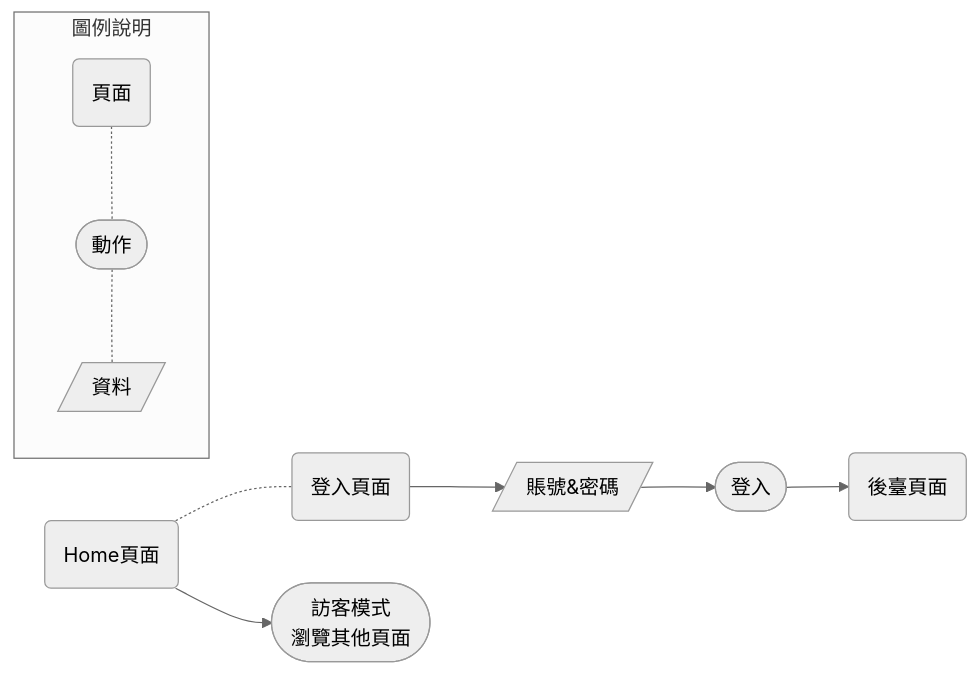
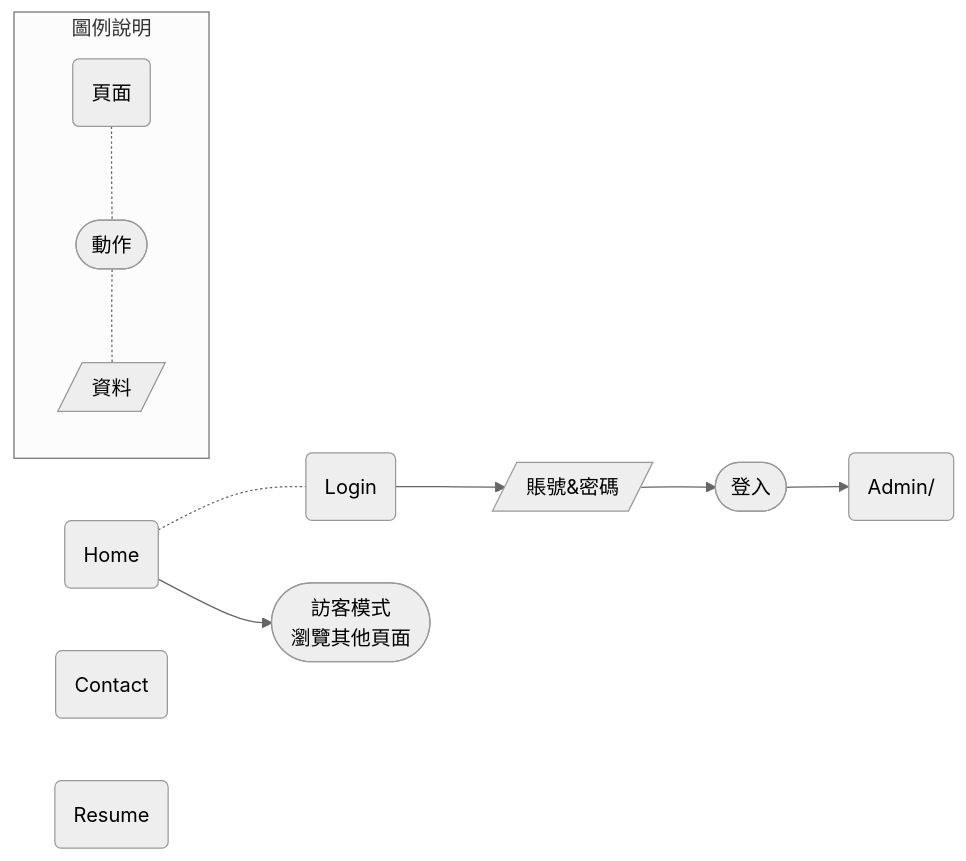
The diagram in hackmd/Unit3.md (isaaclu0897/go-web), drawn with Mermaid (neutral theme) before and after one commit. The commit also changed other lines of this file, not shown here.

````diff
--- a/hackmd/Unit3.md
+++ b/hackmd/Unit3.md
@@ -14,28 +20,31 @@
 ```mermaid
 graph LR;
 
 %% defined node
-page_Home(Home頁面);
-page_login(登入頁面);
-page_admin(後臺頁面);
+page_home(Home);
+page_login(Login);
+page_contact(Contact);
+page_resume(Resume);
+page_admin(Admin);
+page_admin(Admin/);
 
 act_login([登入]);
 act_browser([訪客模式<br>瀏覽其他頁面]);
 
 data_usr&pwd[/賬號&密碼/];
 
 %% defined flow
-page_Home --> act_browser;
+page_home --> act_browser;
 
-page_Home -.- page_login --> data_usr&pwd --> act_login --> page_admin;
+page_home -.- page_login --> data_usr&pwd --> act_login --> page_admin;
 
 %% defined subgraph
 subgraph 圖例說明;
     a(頁面);
     b([動作]);
     c[/資料/];
     
     a -.- b;
     b -.- c;
 end;
 ```
````
